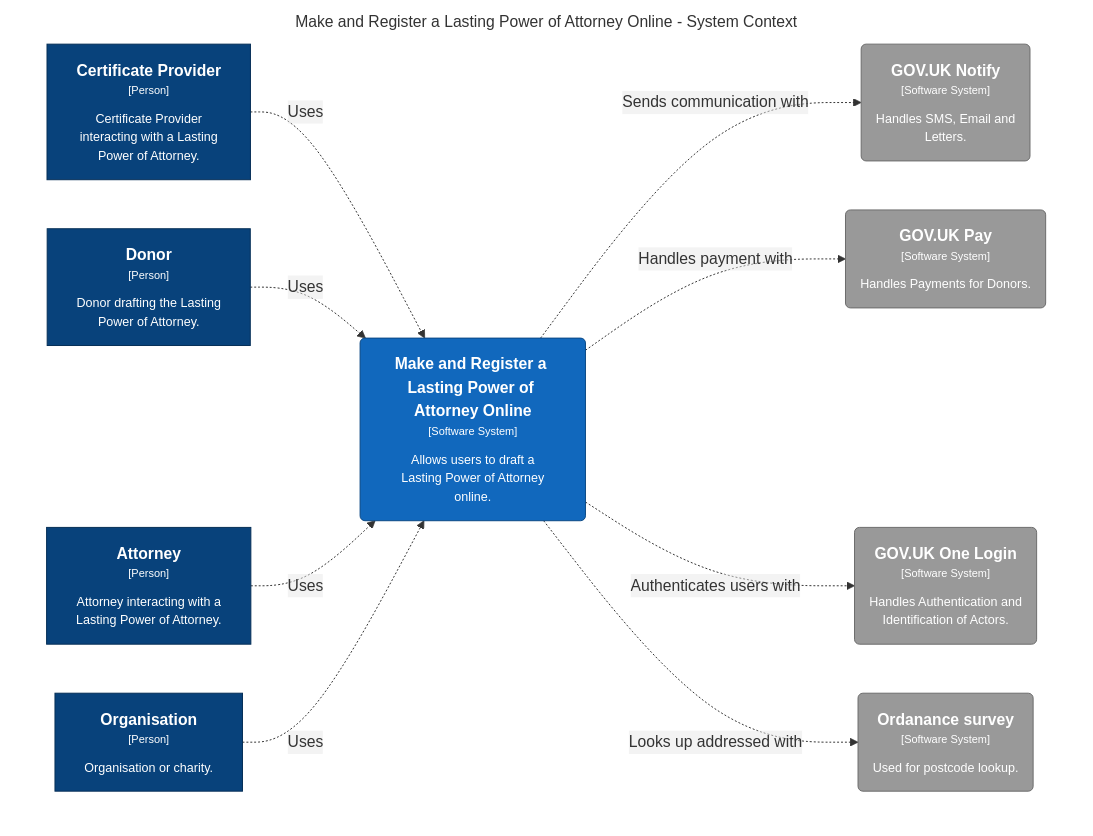
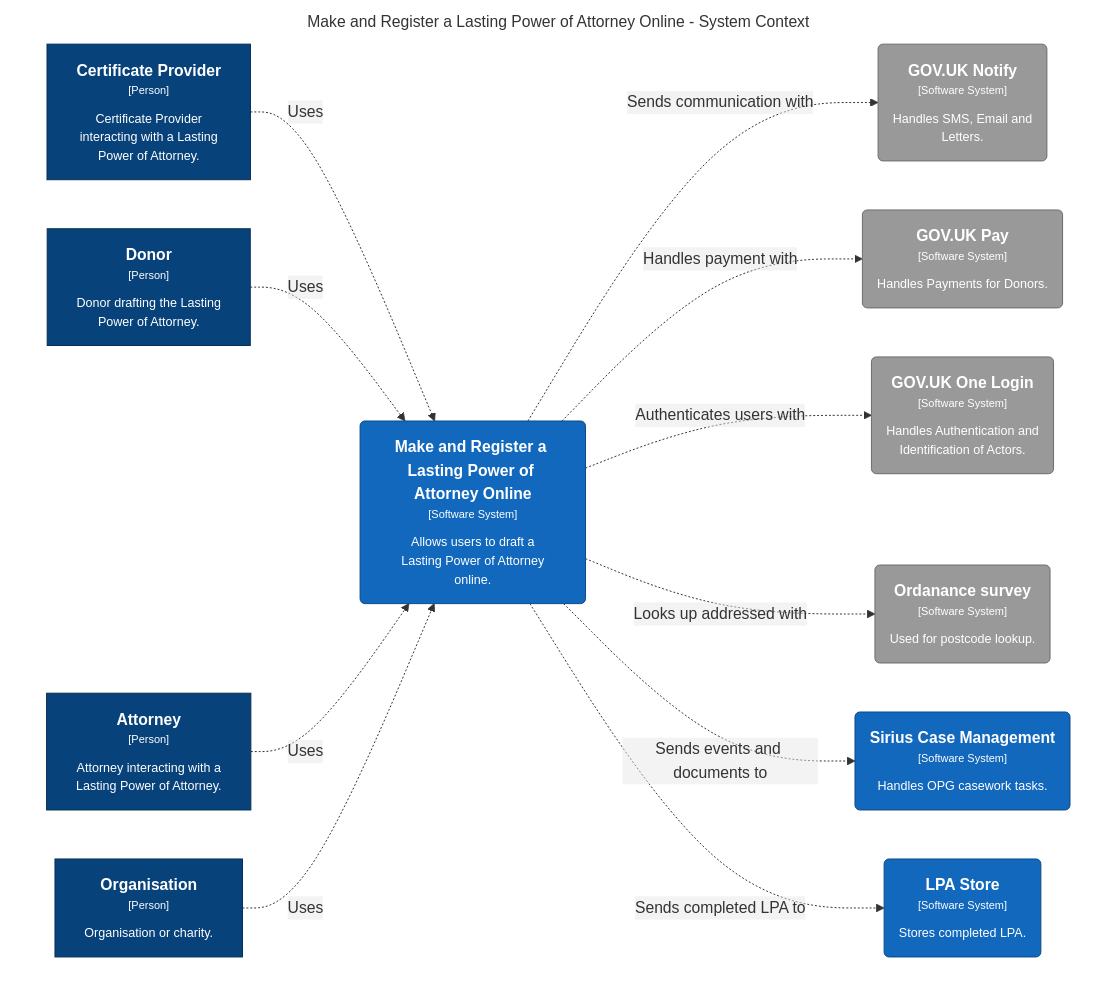
The diagram in docs/architecture/dsl/local/structurizr-SystemContext.mmd (ministryofjustice/opg-modernising-lpa), drawn with Mermaid before and after one commit. The commit also changed 2 other files, not shown here.

Commit message:
Add LPA Store and Sirius to external systems

```diff
--- a/docs/architecture/dsl/local/structurizr-SystemContext.mmd
+++ b/docs/architecture/dsl/local/structurizr-SystemContext.mmd
@@ -1,34 +1,40 @@
 graph TB
   linkStyle default fill:#ffffff
 
   subgraph diagram ["Make and Register a Lasting Power of Attorney Online - System Context"]
     style diagram fill:#ffffff,stroke:#ffffff
 
     2["<div style='font-weight: bold'>Attorney</div><div style='font-size: 70%; margin-top: 0px'>[Person]</div><div style='font-size: 80%; margin-top:10px'>Attorney interacting with a<br />Lasting Power of Attorney.</div>"]
     style 2 fill:#08427b,stroke:#052e56,color:#ffffff
     21("<div style='font-weight: bold'>GOV.UK Notify</div><div style='font-size: 70%; margin-top: 0px'>[Software System]</div><div style='font-size: 80%; margin-top:10px'>Handles SMS, Email and<br />Letters.</div>")
     style 21 fill:#999999,stroke:#6b6b6b,color:#ffffff
     22("<div style='font-weight: bold'>GOV.UK Pay</div><div style='font-size: 70%; margin-top: 0px'>[Software System]</div><div style='font-size: 80%; margin-top:10px'>Handles Payments for Donors.</div>")
     style 22 fill:#999999,stroke:#6b6b6b,color:#ffffff
     23("<div style='font-weight: bold'>GOV.UK One Login</div><div style='font-size: 70%; margin-top: 0px'>[Software System]</div><div style='font-size: 80%; margin-top:10px'>Handles Authentication and<br />Identification of Actors.</div>")
     style 23 fill:#999999,stroke:#6b6b6b,color:#ffffff
     24("<div style='font-weight: bold'>Ordanance survey</div><div style='font-size: 70%; margin-top: 0px'>[Software System]</div><div style='font-size: 80%; margin-top:10px'>Used for postcode lookup.</div>")
     style 24 fill:#999999,stroke:#6b6b6b,color:#ffffff
+    25("<div style='font-weight: bold'>Sirius Case Management</div><div style='font-size: 70%; margin-top: 0px'>[Software System]</div><div style='font-size: 80%; margin-top:10px'>Handles OPG casework tasks.</div>")
+    style 25 fill:#1168bd,stroke:#0b4884,color:#ffffff
+    26("<div style='font-weight: bold'>LPA Store</div><div style='font-size: 70%; margin-top: 0px'>[Software System]</div><div style='font-size: 80%; margin-top:10px'>Stores completed LPA.</div>")
+    style 26 fill:#1168bd,stroke:#0b4884,color:#ffffff
     3["<div style='font-weight: bold'>Donor</div><div style='font-size: 70%; margin-top: 0px'>[Person]</div><div style='font-size: 80%; margin-top:10px'>Donor drafting the Lasting<br />Power of Attorney.</div>"]
     style 3 fill:#08427b,stroke:#052e56,color:#ffffff
     4["<div style='font-weight: bold'>Certificate Provider</div><div style='font-size: 70%; margin-top: 0px'>[Person]</div><div style='font-size: 80%; margin-top:10px'>Certificate Provider<br />interacting with a Lasting<br />Power of Attorney.</div>"]
     style 4 fill:#08427b,stroke:#052e56,color:#ffffff
     6["<div style='font-weight: bold'>Organisation</div><div style='font-size: 70%; margin-top: 0px'>[Person]</div><div style='font-size: 80%; margin-top:10px'>Organisation or charity.</div>"]
     style 6 fill:#08427b,stroke:#052e56,color:#ffffff
     7("<div style='font-weight: bold'>Make and Register a Lasting Power of Attorney Online</div><div style='font-size: 70%; margin-top: 0px'>[Software System]</div><div style='font-size: 80%; margin-top:10px'>Allows users to draft a<br />Lasting Power of Attorney<br />online.</div>")
     style 7 fill:#1168bd,stroke:#0b4884,color:#ffffff
 
     4-. "<div>Uses</div><div style='font-size: 70%'></div>" .->7
     3-. "<div>Uses</div><div style='font-size: 70%'></div>" .->7
     2-. "<div>Uses</div><div style='font-size: 70%'></div>" .->7
     6-. "<div>Uses</div><div style='font-size: 70%'></div>" .->7
     7-. "<div>Sends communication with</div><div style='font-size: 70%'></div>" .->21
     7-. "<div>Handles payment with</div><div style='font-size: 70%'></div>" .->22
     7-. "<div>Authenticates users with</div><div style='font-size: 70%'></div>" .->23
     7-. "<div>Looks up addressed with</div><div style='font-size: 70%'></div>" .->24
+    7-. "<div>Sends events and documents to</div><div style='font-size: 70%'></div>" .->25
+    7-. "<div>Sends completed LPA to</div><div style='font-size: 70%'></div>" .->26
   end
```
